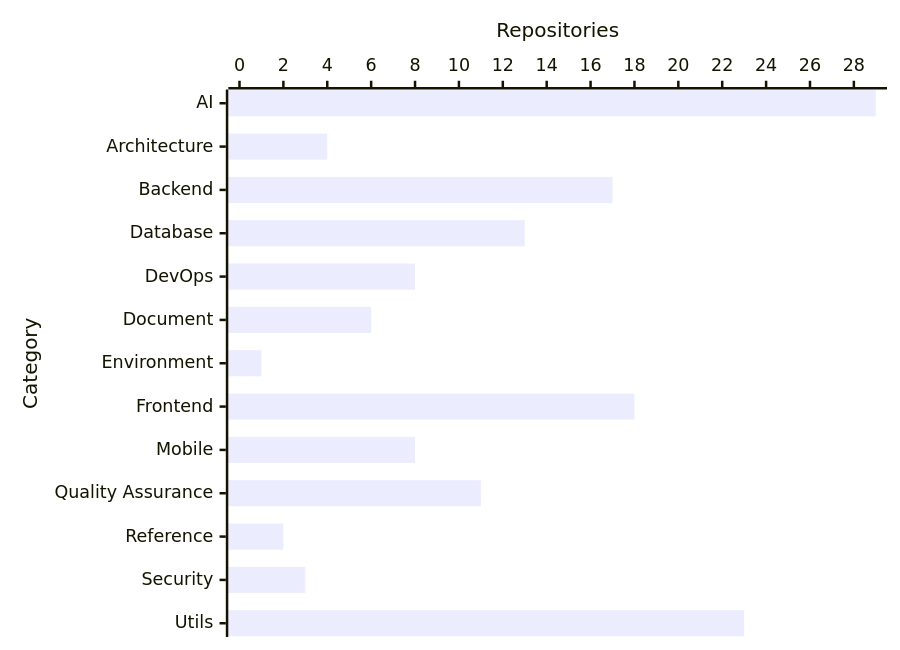
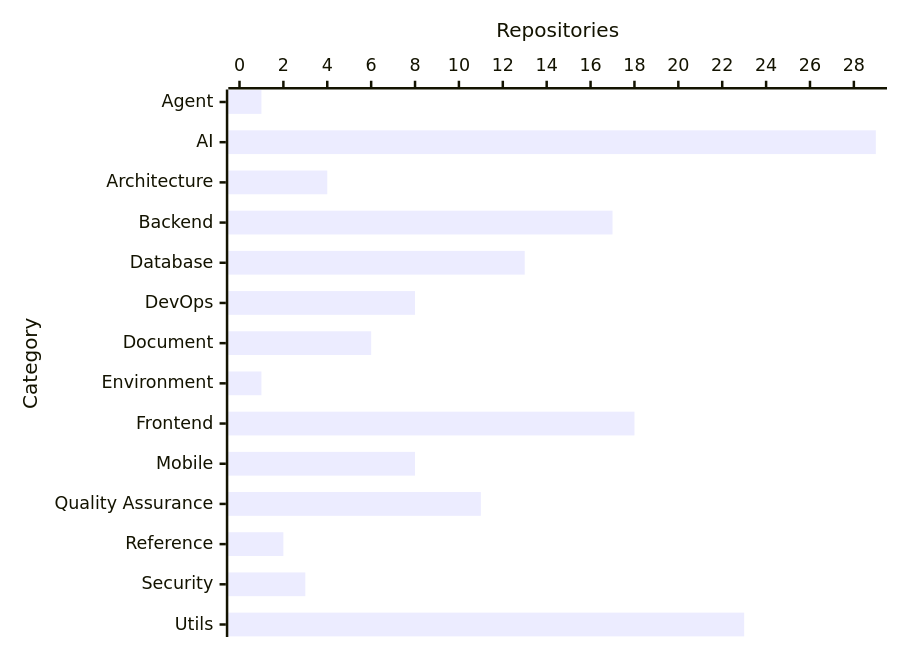
One commit to prawee/resource changed the diagram in README.md. Above: the diagram before and after it, drawn with Mermaid. The commit also changed other lines of this file, not shown here.

````diff
--- a/README.md
+++ b/README.md
@@ -11,6 +11,6 @@
 ```mermaid
 xychart-beta horizontal
-    x-axis "Category" ["AI", "Architecture", "Backend", "Database", "DevOps", "Document", "Environment", "Frontend", "Mobile", "Quality Assurance", "Reference", "Security", "Utils"]
+    x-axis "Category" ["Agent", "AI", "Architecture", "Backend", "Database", "DevOps", "Document", "Environment", "Frontend", "Mobile", "Quality Assurance", "Reference", "Security", "Utils"]
     y-axis "Repositories" 0 --> 29
-    bar [29, 4, 17, 13, 8, 6, 1, 18, 8, 11, 2, 3, 23]
+    bar [1, 29, 4, 17, 13, 8, 6, 1, 18, 8, 11, 2, 3, 23]
 ```
````
